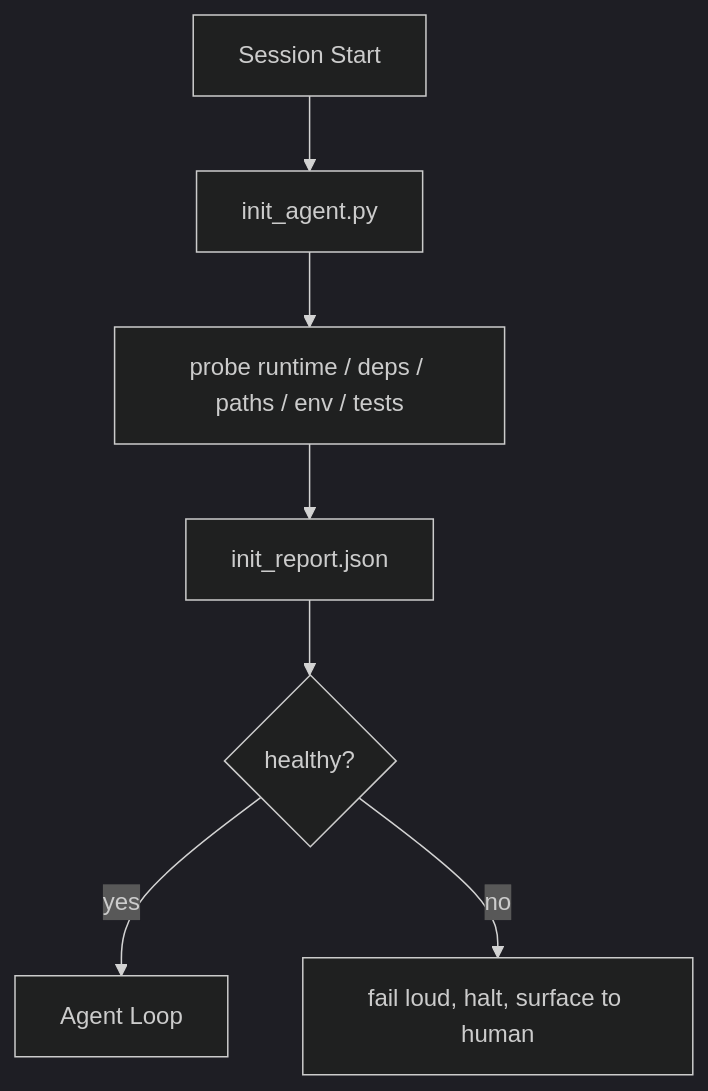
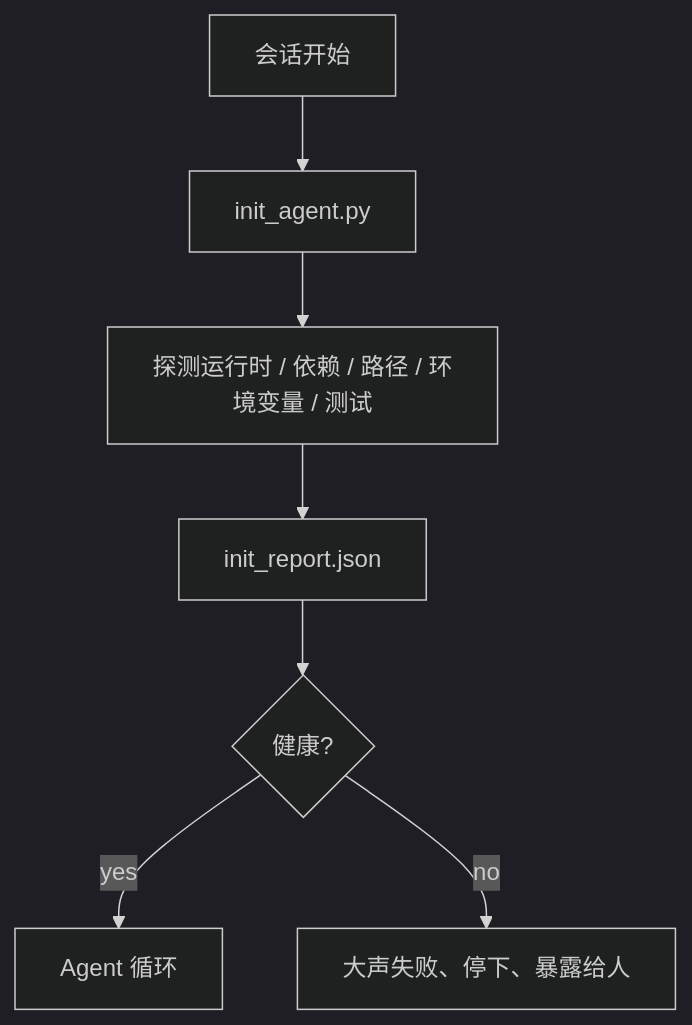
Before and after one commit to alessandrodinisio-ai/ai-engineering-learning-framework: the diagram in phases/14-agent-engineering/35-initialization-scripts/docs/zh.md, drawn with Mermaid (dark theme). The commit also changed 120 other files, not shown here.

First line of the commit message:
i18n(mermaid): 337 个 mermaid 图表标签中文化

````diff
--- a/phases/14-agent-engineering/35-initialization-scripts/docs/zh.md
+++ b/phases/14-agent-engineering/35-initialization-scripts/docs/zh.md
@@ -25,9 +25,9 @@
 ```mermaid
 flowchart TD
-  Start[Session Start] --> Init[init_agent.py]
-  Init --> Probes[probe runtime / deps / paths / env / tests]
+  Start[会话开始] --> Init[init_agent.py]
+  Init --> Probes[探测运行时 / 依赖 / 路径 / 环境变量 / 测试]
   Probes --> Report[init_report.json]
-  Report --> Decision{healthy?}
-  Decision -- yes --> Agent[Agent Loop]
-  Decision -- no --> Halt[fail loud, halt, surface to human]
+  Report --> Decision{健康?}
+  Decision -- yes --> Agent[Agent 循环]
+  Decision -- no --> Halt[大声失败、停下、暴露给人]
 ```
````
